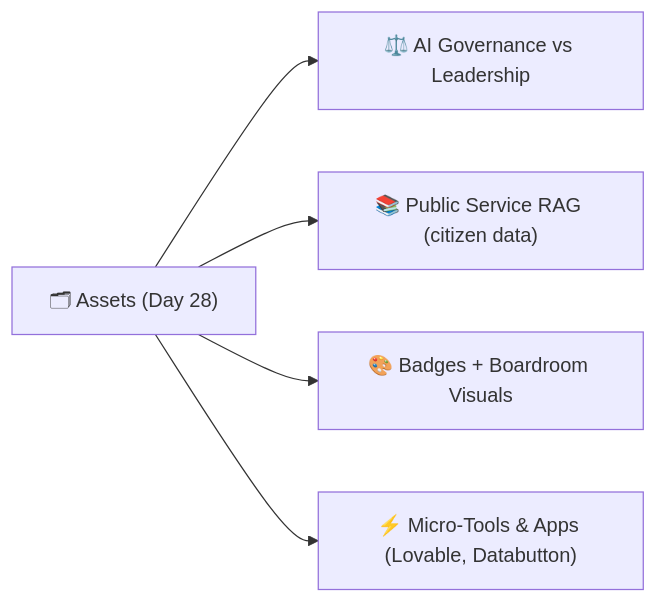
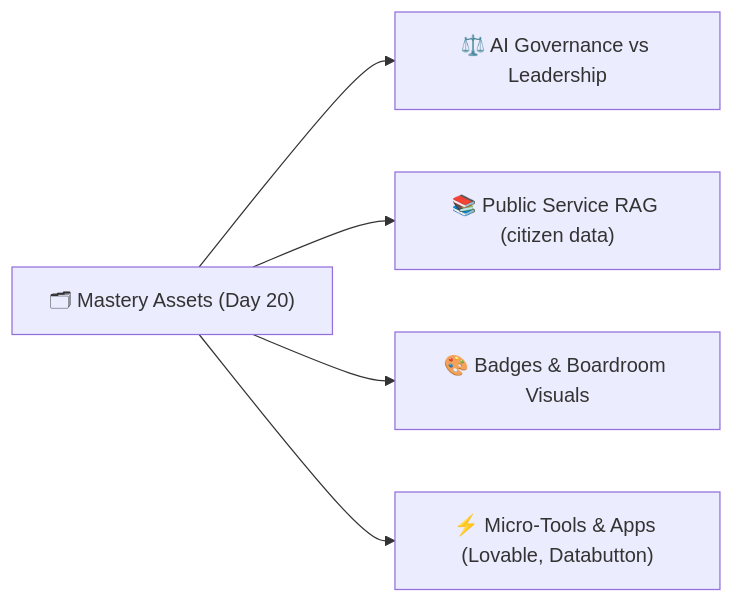
Before and after one commit to emcdo411/ai-agent-mastery-20days: the diagram in assets/assets.md, drawn with Mermaid. The commit also changed other lines of this file, not shown here.

`````diff
--- a/assets/assets.md
+++ b/assets/assets.md
@@ -51,14 +62,13 @@
 ```mermaid
-%%{ init: { "theme": "default" } }%%
 flowchart LR
-    A["🗂 Assets (Day 28)"]
+    A["🗂 Mastery Assets (Day 20)"]
     B["⚖️ AI Governance vs Leadership"]
     C["📚 Public Service RAG (citizen data)"]
-    D["🎨 Badges + Boardroom Visuals"]
+    D["🎨 Badges & Boardroom Visuals"]
     E["⚡ Micro-Tools & Apps (Lovable, Databutton)"]
 
     A --> B
     A --> C
     A --> D
     A --> E
-````
+```
`````
